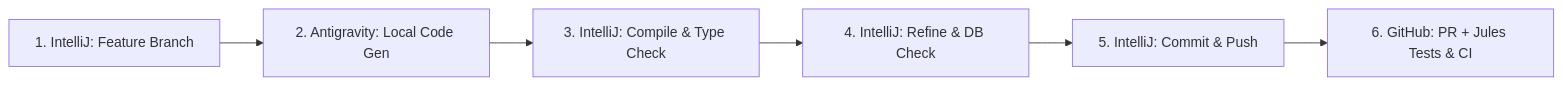
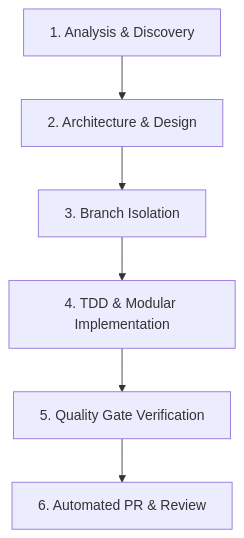
The diagram in AGENTS.md (AndreasBild/card-collectionJava), drawn with Mermaid before and after one commit. The commit also changed other lines of this file and 11 other files, not shown here.

````diff
--- a/AGENTS.md
+++ b/AGENTS.md
@@ -21,8 +28,8 @@
 ```mermaid
-flowchart LR
-    A[1. IntelliJ: Feature Branch] --> B[2. Antigravity: Local Code Gen]
-    B --> C[3. IntelliJ: Compile & Type Check]
-    C --> D[4. IntelliJ: Refine & DB Check]
-    D --> E[5. IntelliJ: Commit & Push]
-    E --> F[6. GitHub: PR + Jules Tests & CI]
+flowchart TD
+    S1[1. Analysis & Discovery] --> S2[2. Architecture & Design]
+    S2 --> S3[3. Branch Isolation]
+    S3 --> S4[4. TDD & Modular Implementation]
+    S4 --> S5[5. Quality Gate Verification]
+    S5 --> S6[6. Automated PR & Review]
 ```
````
